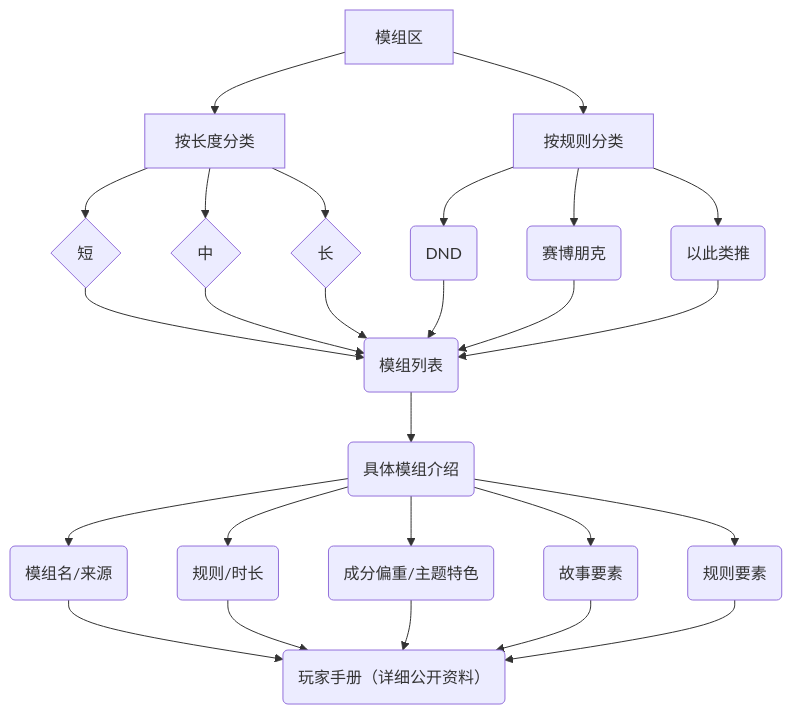
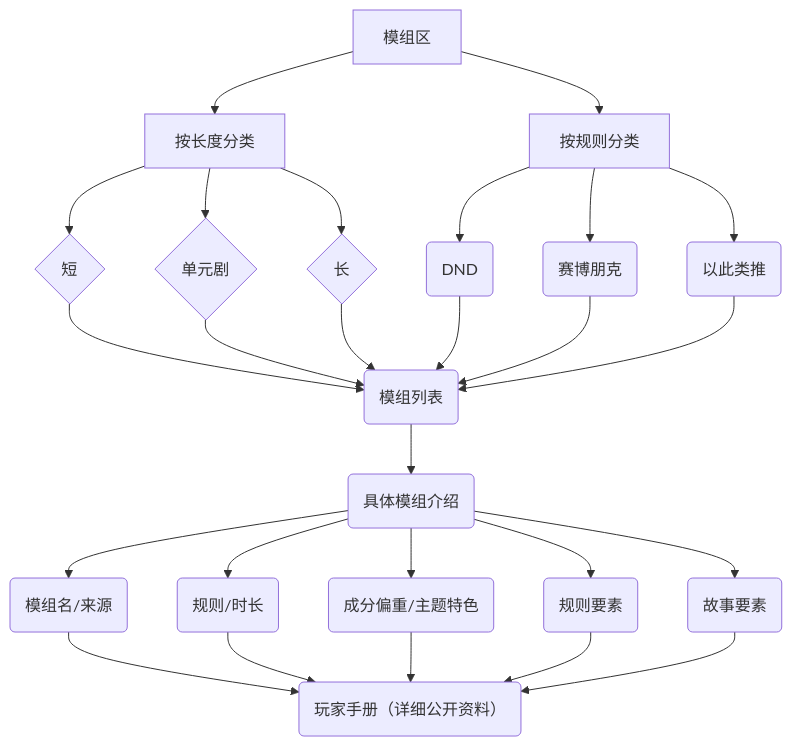
The second of 2 diagrams in docs/about/help.md (ShinKan42/TTRPG), drawn with Mermaid before and after one commit. The commit also changed other lines of this file and 14 other files, not shown here.

````diff
--- a/docs/about/help.md
+++ b/docs/about/help.md
@@ -159,8 +161,8 @@
 ```mermaid
 
 flowchart TD
-    A1[模组区] --> B1[按长度分类] --> C1{短} & C2{中} & C3{长} -->D1(模组列表)
+    A1[模组区] --> B1[按长度分类] --> C1{短} & C2{单元剧} & C3{长} -->D1(模组列表)
     A1 --> B2[按规则分类] --> C4(DND) & C5(赛博朋克) & C6(以此类推) --> D1
-    D1 --> D2(具体模组介绍) --> E1(模组名/来源) & E2(规则/时长) & E3(成分偏重/主题特色) & E4(故事要素) & E5(规则要素) -->F1(玩家手册（详细公开资料）)
+    D1 --> D2(具体模组介绍) --> E1(模组名/来源) & E2(规则/时长) & E3(成分偏重/主题特色) & E4(规则要素) & E5(故事要素) -->F1(玩家手册（详细公开资料）)
 
 ```
````
